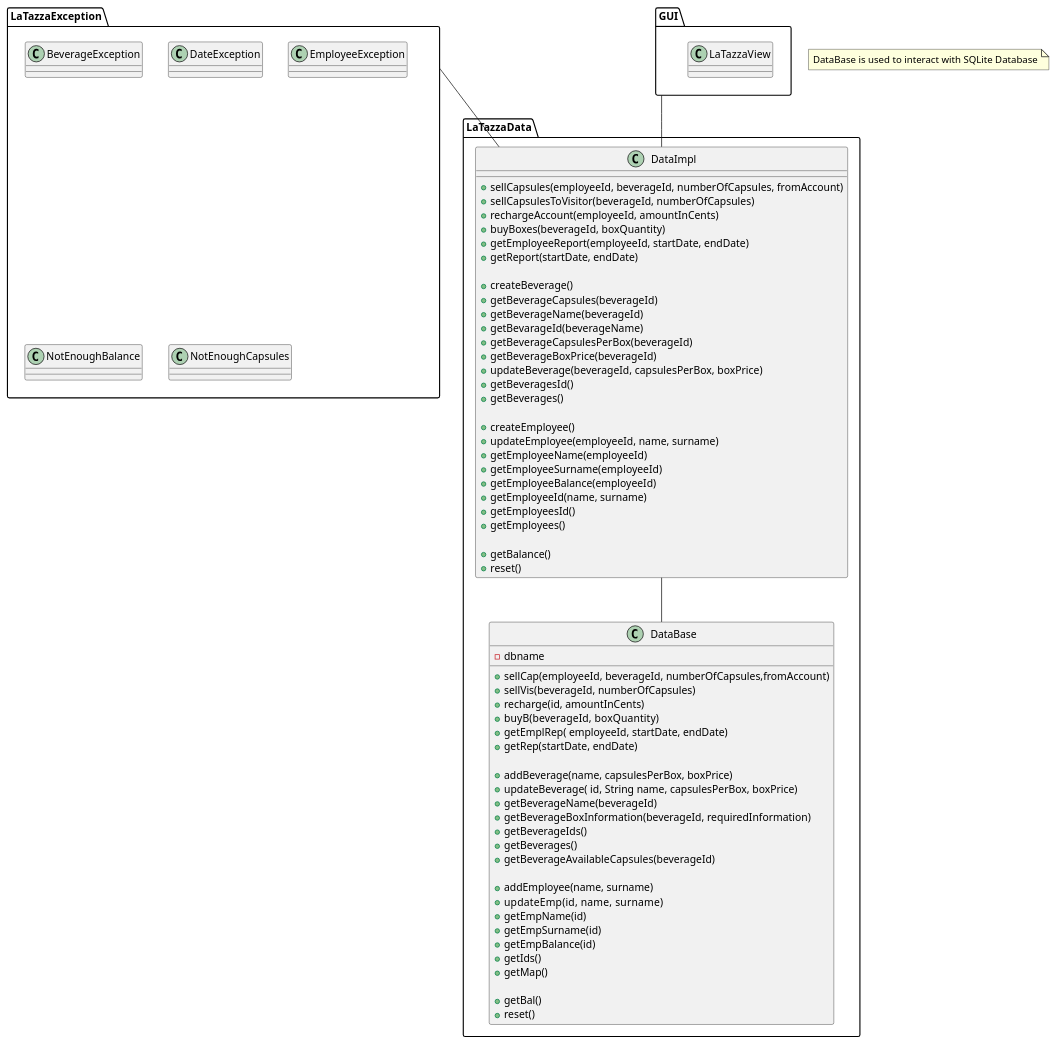
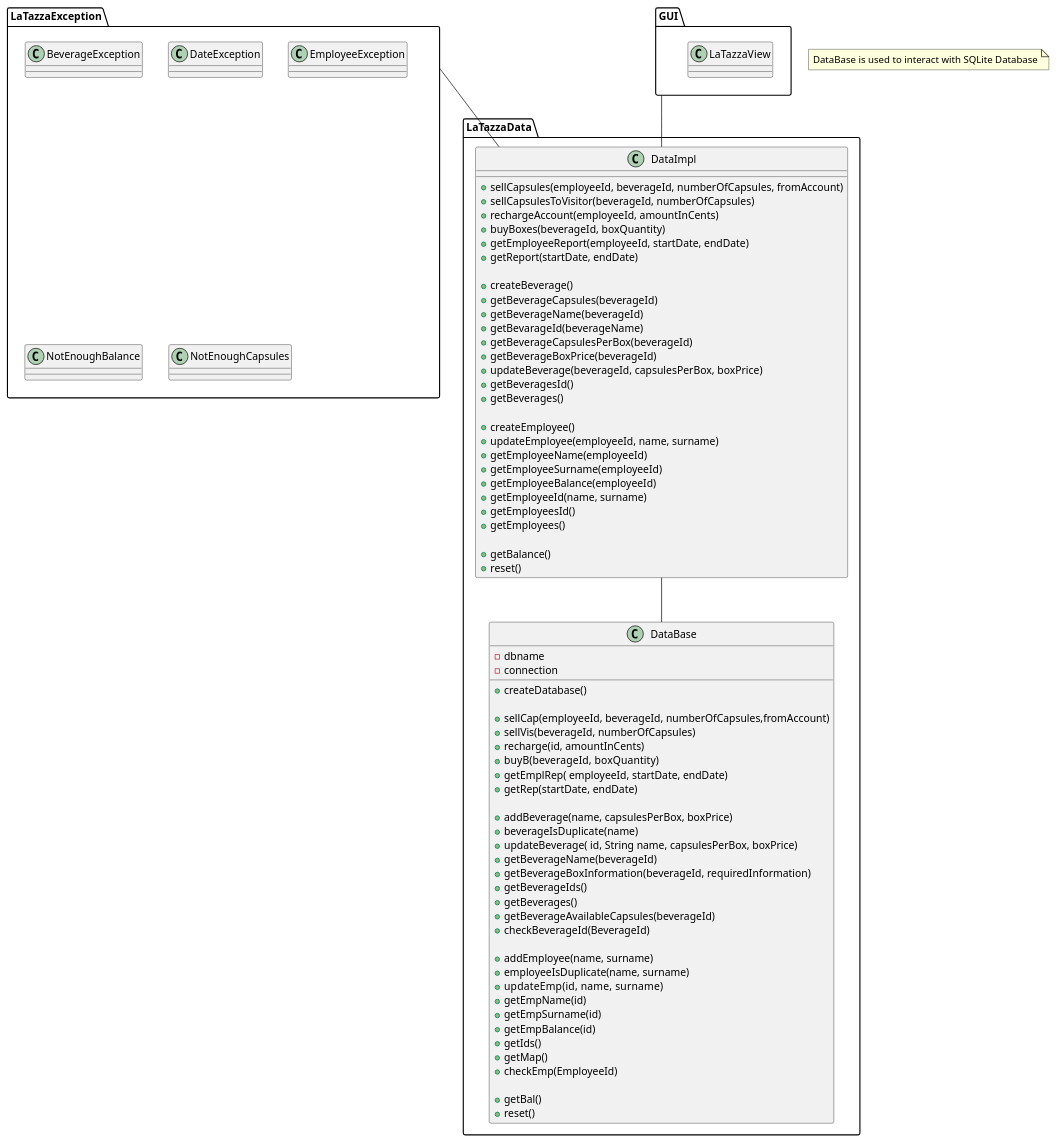
The second of 3 diagrams in templates/DesignDocumentTemplate.md (SimoneDutto/LaTazza), drawn with PlantUML before and after one commit. The commit also changed other lines of this file, not shown here.

Commit message:
Add new methods to DataImpl in Class Diagram

```diff
--- a/templates/DesignDocumentTemplate.md
+++ b/templates/DesignDocumentTemplate.md
@@ -81,6 +81,9 @@
 
 class DataBase{
 - dbname
+- connection
+
+{method} + createDatabase()
 
 {method} + sellCap(employeeId, beverageId, numberOfCapsules,fromAccount)
 {method} + sellVis(beverageId, numberOfCapsules)
@@ -90,20 +93,24 @@
 {method} + getRep(startDate, endDate)
 
 {method} + addBeverage(name, capsulesPerBox, boxPrice)
+{method} + beverageIsDuplicate(name)
 {method} + updateBeverage( id, String name, capsulesPerBox, boxPrice)
 {method} + getBeverageName(beverageId)
 {method} + getBeverageBoxInformation(beverageId, requiredInformation)
 {method} + getBeverageIds() 
 {method} + getBeverages()
 {method} + getBeverageAvailableCapsules(beverageId)
+{method} + checkBeverageId(BeverageId)
 
 {method} + addEmployee(name, surname)
+{method} + employeeIsDuplicate(name, surname)
 {method} + updateEmp(id,  name,  surname)
 {method} + getEmpName(id)
 {method} + getEmpSurname(id)
 {method} + getEmpBalance(id)
 {method} + getIds()
 {method} + getMap()
+{method} + checkEmp(EmployeeId)
 
 {method} + getBal()
 {method} + reset()    
```
